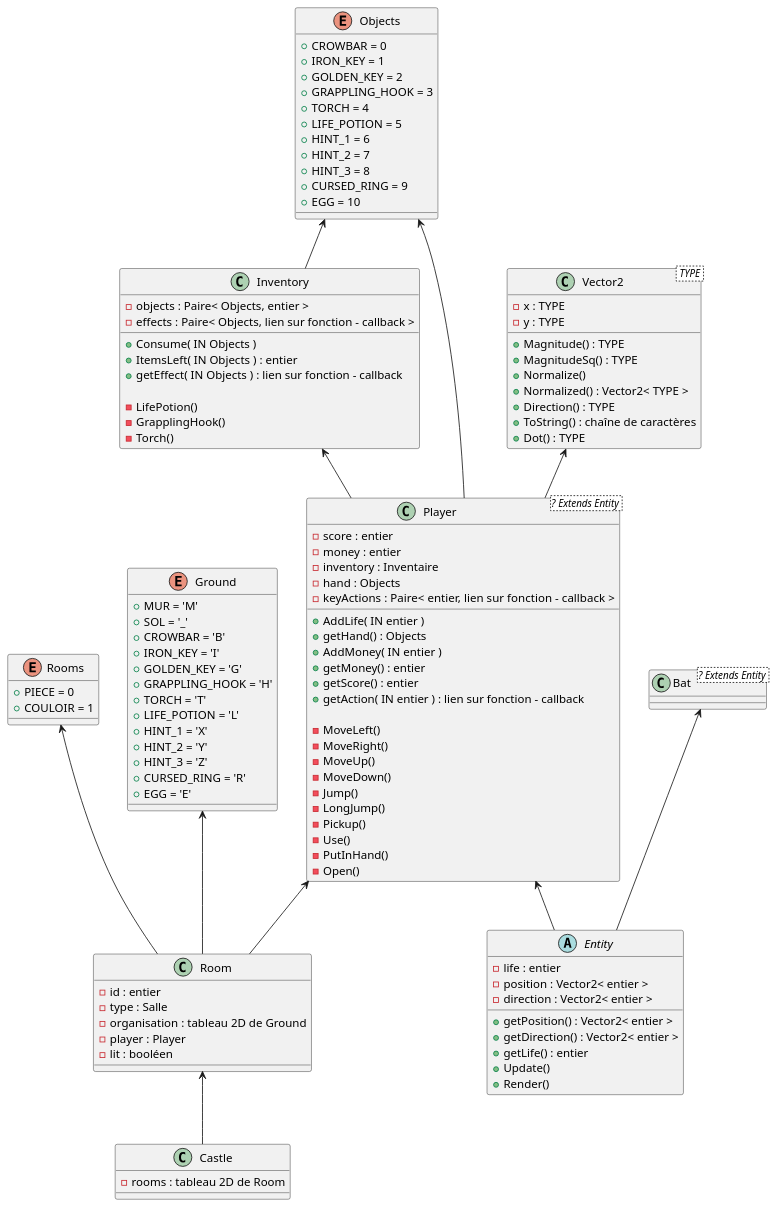
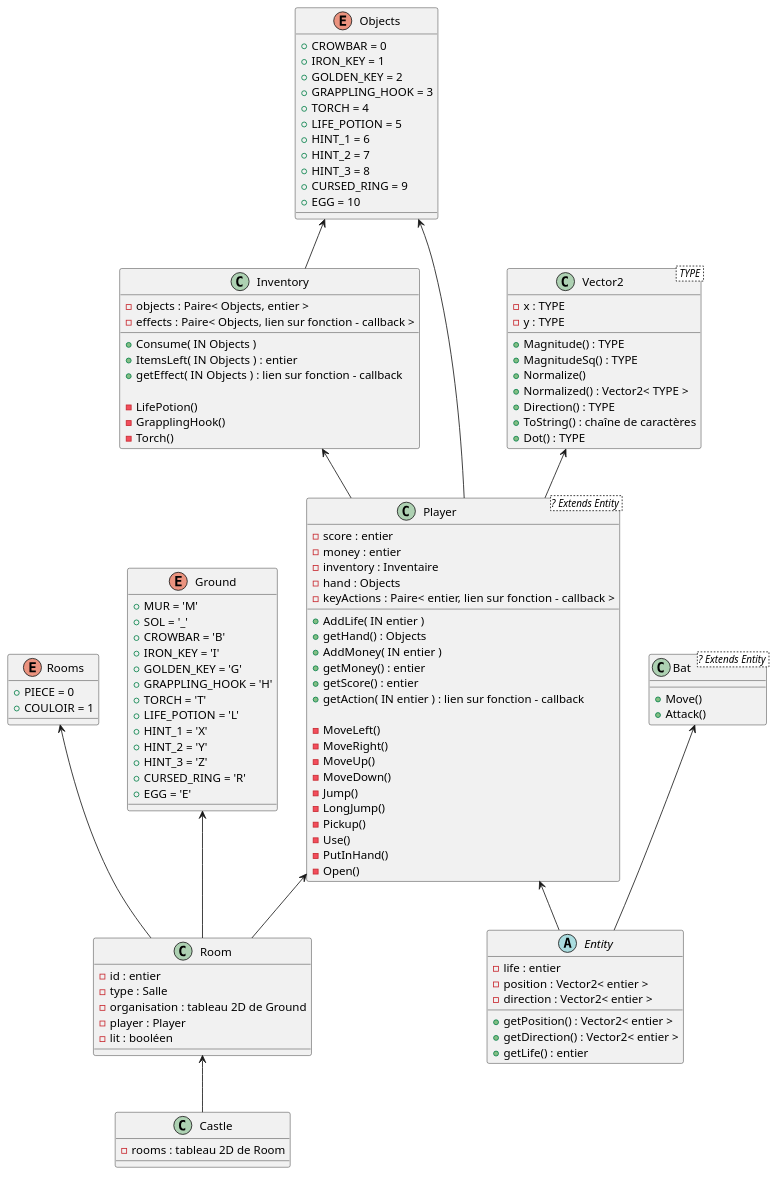
Before and after one commit to Serdok/GoldenPhoenix: the diagram in doc/diagrams/Class.puml, drawn with PlantUML.

Commit message:
Updated diagrams

```diff
--- a/doc/diagrams/Class.puml
+++ b/doc/diagrams/Class.puml
@@ -1,143 +1,142 @@
 @startuml
 
 Inventory <-- Player
 Room <-- Castle
 Objects <-- Inventory
 Vector2 <-- Player
 Rooms <-- Room
 Ground <-- Room
 Player <-- Room
 Objects <-- Player
 Player <-- Entity
 Bat <-- Entity
 
 class Vector2< TYPE >
 {
     - x : TYPE
     - y : TYPE
 
     + Magnitude() : TYPE
     + MagnitudeSq() : TYPE
     + Normalize()
     + Normalized() : Vector2< TYPE >
     + Direction() : TYPE
     + ToString() : chaîne de caractères
     + Dot() : TYPE
 }
 
 class Player <? Extends Entity >
 {
     - score : entier
     - money : entier
     - inventory : Inventaire
     - hand : Objects
     - keyActions : Paire< entier, lien sur fonction - callback >
 
     + AddLife( IN entier )
     + getHand() : Objects
     + AddMoney( IN entier )
     + getMoney() : entier
     + getScore() : entier
     + getAction( IN entier ) : lien sur fonction - callback
 
     - MoveLeft()
     - MoveRight()
     - MoveUp()
     - MoveDown()
     - Jump()
     - LongJump()
     - Pickup()
     - Use()
     - PutInHand()
     - Open()
 }
 
 class Inventory
 {
     - objects : Paire< Objects, entier >
     - effects : Paire< Objects, lien sur fonction - callback >
 
     + Consume( IN Objects )
     + ItemsLeft( IN Objects ) : entier
     + getEffect( IN Objects ) : lien sur fonction - callback
 
     - LifePotion()
     - GrapplingHook()
     - Torch()
 }
 
 abstract class Entity
 {
     - life : entier
     - position : Vector2< entier >
     - direction : Vector2< entier >
 
     + getPosition() : Vector2< entier >
     + getDirection() : Vector2< entier >
     + getLife() : entier
-    + Update()
-    + Render()
 }
 
 class Bat <? Extends Entity >
 {
-
+    + Move()
+    + Attack()
 }
 
 enum Objects
 {
     + CROWBAR = 0
     + IRON_KEY = 1
     + GOLDEN_KEY = 2
     + GRAPPLING_HOOK = 3
     + TORCH = 4
     + LIFE_POTION = 5
     + HINT_1 = 6
     + HINT_2 = 7
     + HINT_3 = 8
     + CURSED_RING = 9
     + EGG = 10
 }
 
 class Castle
 {
     - rooms : tableau 2D de Room
 }
 
 enum Rooms
 {
     + PIECE = 0
     + COULOIR = 1
 }
 
 enum Ground
 {
     + MUR = 'M'
     + SOL = '_'
     + CROWBAR = 'B'
     + IRON_KEY = 'I'
     + GOLDEN_KEY = 'G'
     + GRAPPLING_HOOK = 'H'
     + TORCH = 'T'
     + LIFE_POTION = 'L'
     + HINT_1 = 'X'
     + HINT_2 = 'Y'
     + HINT_3 = 'Z'
     + CURSED_RING = 'R'
     + EGG = 'E'
 }
 
 class Room
 {
     - id : entier
     - type : Salle
     - organisation : tableau 2D de Ground
     - player : Player
     - lit : booléen
 }
 
 
 
 
 
 @enduml
```
